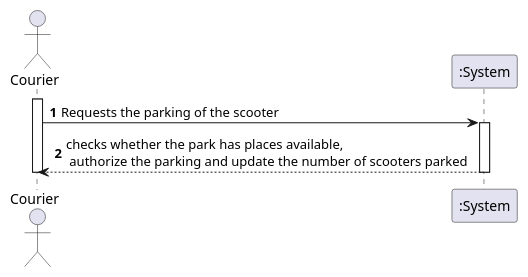
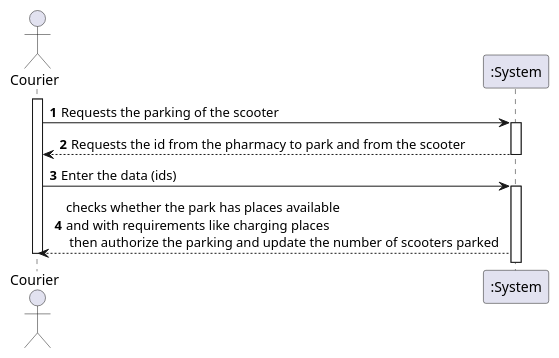
Before and after one commit to 1190452/LAPR3: the diagram in Documents/UC17/UC17_SSD.puml, drawn with PlantUML. The commit also changed 11 other files, not shown here.

```diff
--- a/Documents/UC17/UC17_SSD.puml
+++ b/Documents/UC17/UC17_SSD.puml
@@ -1,13 +1,20 @@
 @startuml
 autonumber
 actor "Courier" as COR
 
 activate COR
 COR -> ":System" : Requests the parking of the scooter
 activate ":System"
-":System" --> COR : checks whether the park has places available,\n authorize the parking and update the number of scooters parked
+":System" --> COR : Requests the id from the pharmacy to park and from the scooter
 deactivate ":System"
+
+
+COR -> ":System" : Enter the data (ids)
+activate ":System"
+":System" --> COR : checks whether the park has places available \nand with requirements like charging places\n then authorize the parking and update the number of scooters parked
+
+
 
 
 deactivate COR
 @enduml
```
